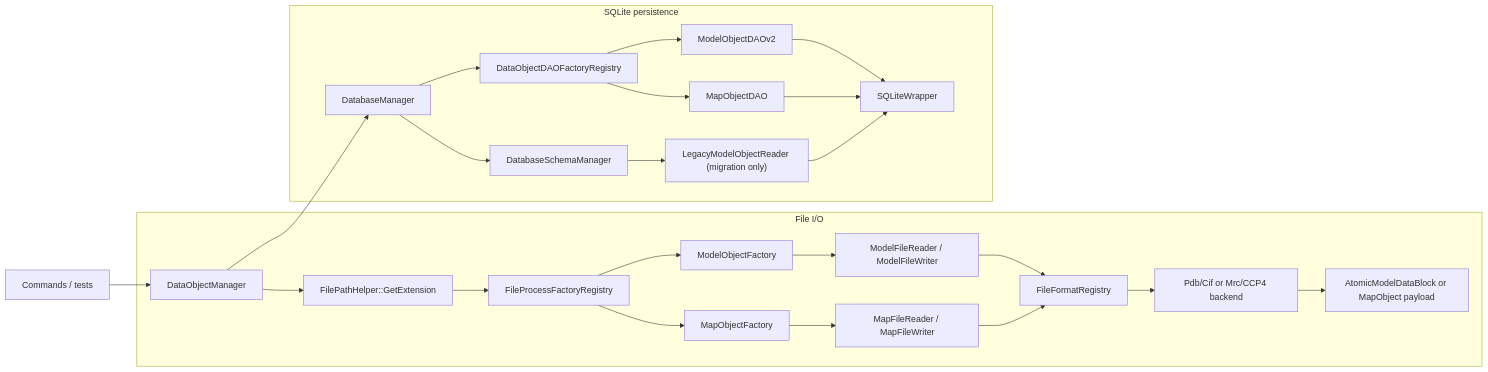
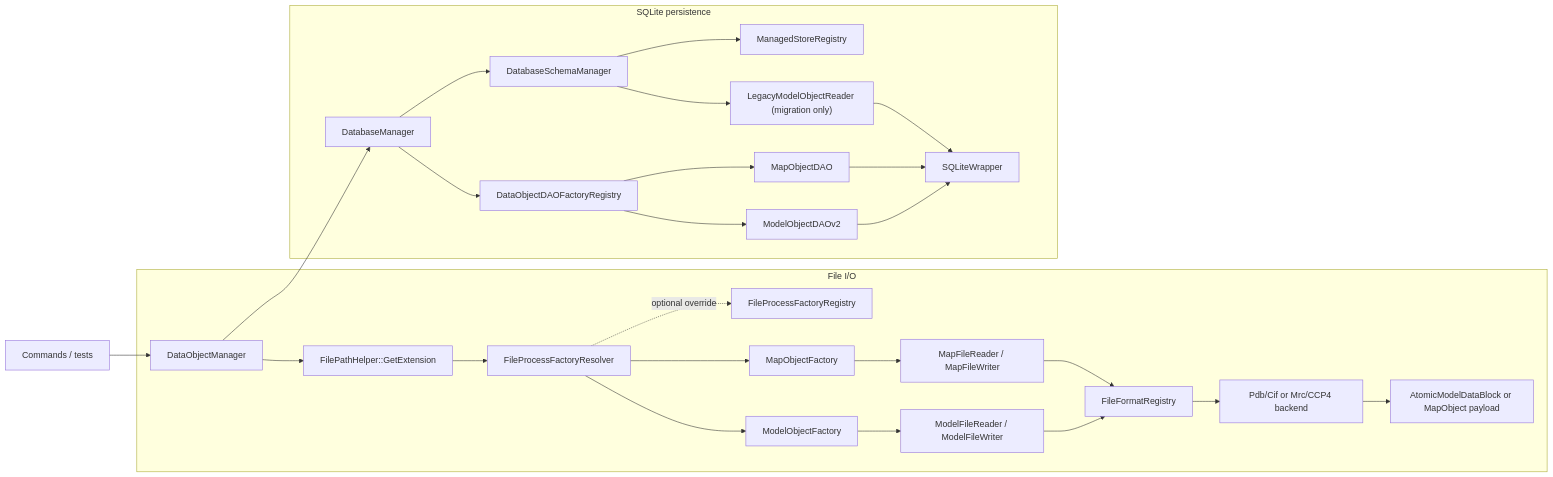
The diagram in docs/developer/architecture/dataobject-io-architecture.md (yslianTim/rhbm_gem), drawn with Mermaid before and after one commit. The commit also changed other lines of this file and 27 other files, not shown here.

````diff
--- a/docs/developer/architecture/dataobject-io-architecture.md
+++ b/docs/developer/architecture/dataobject-io-architecture.md
@@ -77,29 +79,31 @@
 ```mermaid
 flowchart LR
     A["Commands / tests"] --> B["DataObjectManager"]
 
     subgraph F["File I/O"]
         B --> C["FilePathHelper::GetExtension"]
-        C --> D["FileProcessFactoryRegistry"]
+        C --> D["FileProcessFactoryResolver"]
+        D -. optional override .-> D2["FileProcessFactoryRegistry"]
         D --> E["ModelObjectFactory"]
         D --> F2["MapObjectFactory"]
         E --> G["ModelFileReader / ModelFileWriter"]
         F2 --> H["MapFileReader / MapFileWriter"]
         G --> I["FileFormatRegistry"]
         H --> I
         I --> J["Pdb/Cif or Mrc/CCP4 backend"]
         J --> K["AtomicModelDataBlock or MapObject payload"]
     end
 
     subgraph P["SQLite persistence"]
         B --> L["DatabaseManager"]
         L --> M["DatabaseSchemaManager"]
+        M --> M2["ManagedStoreRegistry"]
         L --> N["DataObjectDAOFactoryRegistry"]
         N --> O["ModelObjectDAOv2"]
         N --> P2["MapObjectDAO"]
         M --> Q["LegacyModelObjectReader (migration only)"]
         O --> R["SQLiteWrapper"]
         P2 --> R
         Q --> R
     end
 ```
````
